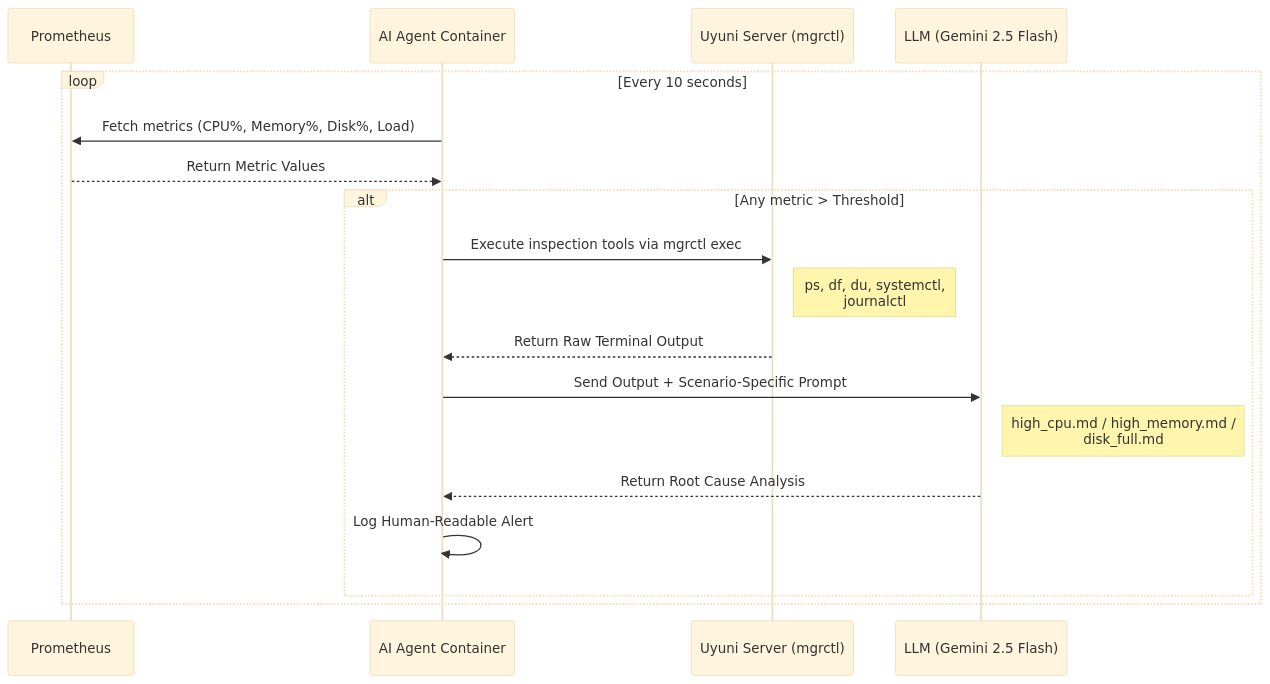
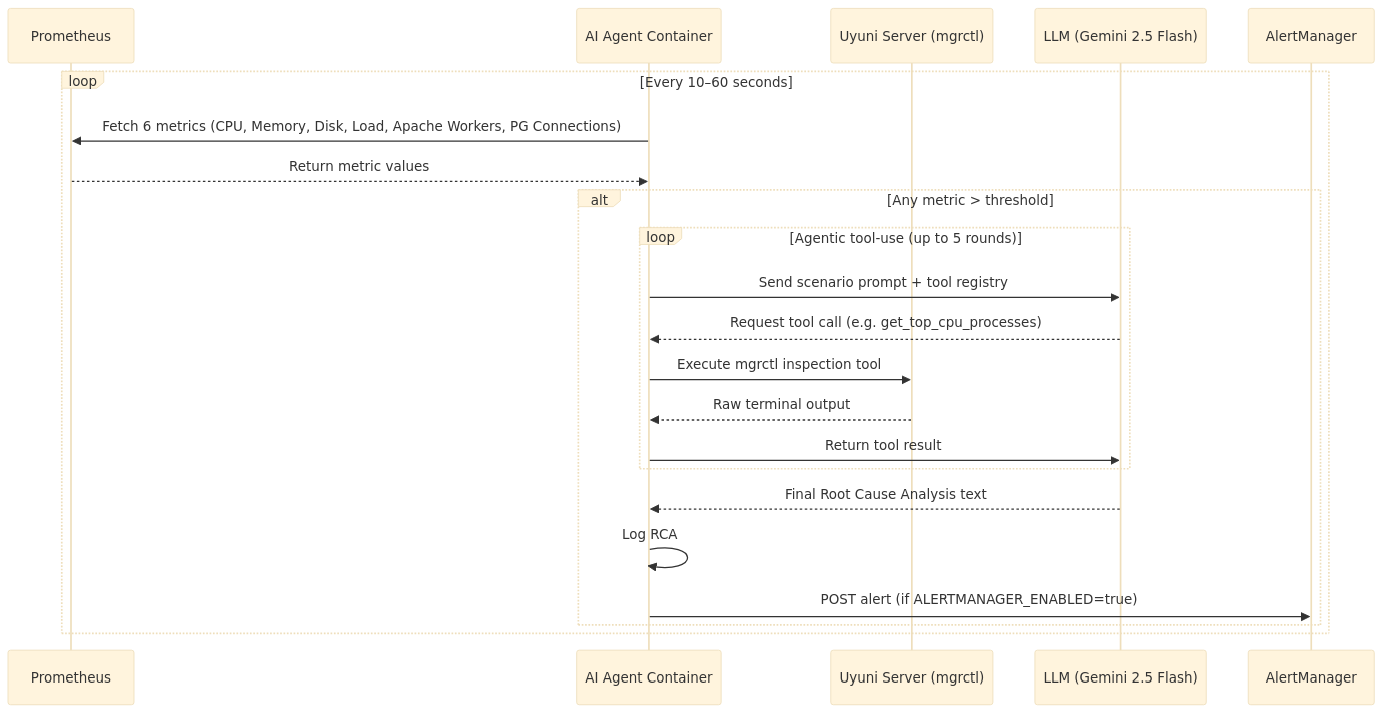
One commit to YatesMold/uyuni-ai-agent-poc changed the diagram in README.md. Above: the diagram before and after it, drawn with Mermaid (base theme). The commit also changed other lines of this file and 11 other files, not shown here.

Commit message:
feat: add AlertManager integration, high_load scenario prompt, and doc cleanup

````diff
--- a/README.md
+++ b/README.md
@@ -13,22 +13,26 @@
 ```mermaid
 sequenceDiagram
     participant P as Prometheus
     participant A as AI Agent Container
     participant M as Uyuni Server (mgrctl)
     participant L as LLM (Gemini 2.5 Flash)
+    participant AM as AlertManager
 
-    loop Every 10 seconds
-        A->>P: Fetch metrics (CPU%, Memory%, Disk%, Load)
-        P-->>A: Return Metric Values
+    loop Every 10–60 seconds
+        A->>P: Fetch 6 metrics (CPU, Memory, Disk, Load, Apache Workers, PG Connections)
+        P-->>A: Return metric values
 
-        alt Any metric > Threshold
-            A->>M: Execute inspection tools via mgrctl exec
-            Note right of M: ps, df, du, systemctl,<br/>journalctl
-            M-->>A: Return Raw Terminal Output
-            A->>L: Send Output + Scenario-Specific Prompt
-            Note right of L: high_cpu.md / high_memory.md /<br/>disk_full.md
-            L-->>A: Return Root Cause Analysis
-            A->>A: Log Human-Readable Alert
+        alt Any metric > threshold
+            loop Agentic tool-use (up to 5 rounds)
+                A->>L: Send scenario prompt + tool registry
+                L-->>A: Request tool call (e.g. get_top_cpu_processes)
+                A->>M: Execute mgrctl inspection tool
+                M-->>A: Raw terminal output
+                A->>L: Return tool result
+            end
+            L-->>A: Final Root Cause Analysis text
+            A->>A: Log RCA
+            A->>AM: POST alert (if ALERTMANAGER_ENABLED=true)
         end
     end
 ```
````
